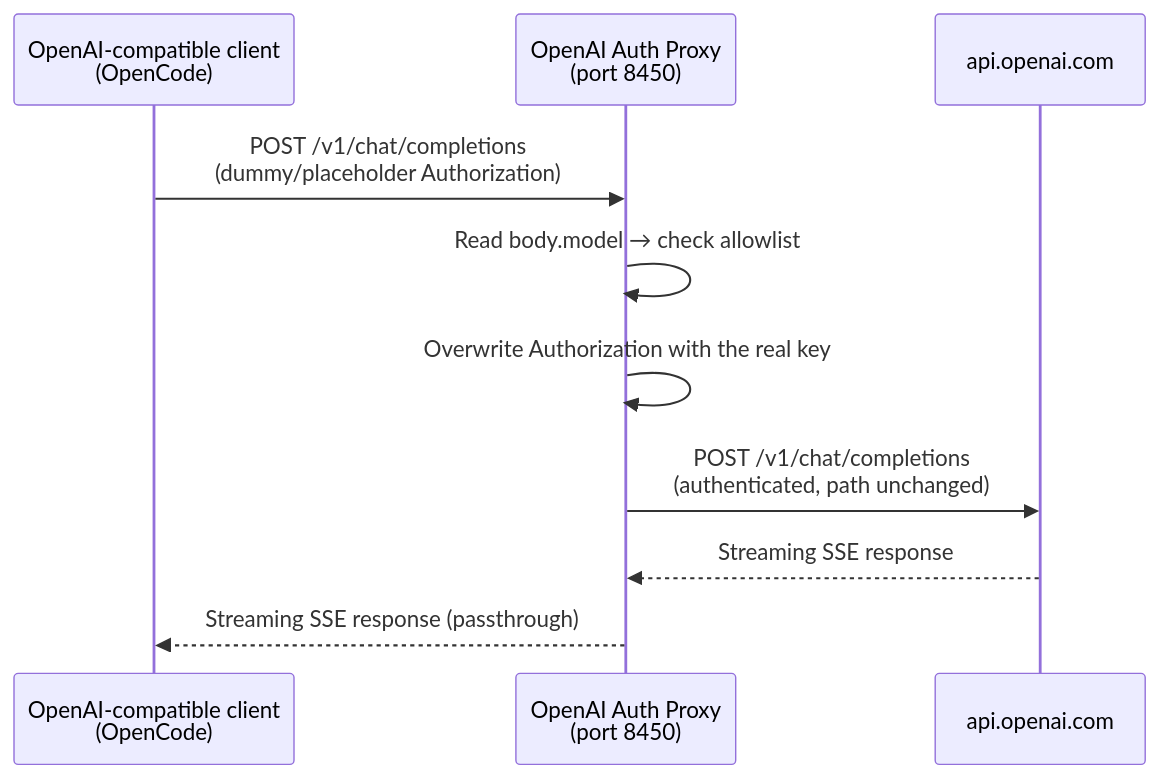
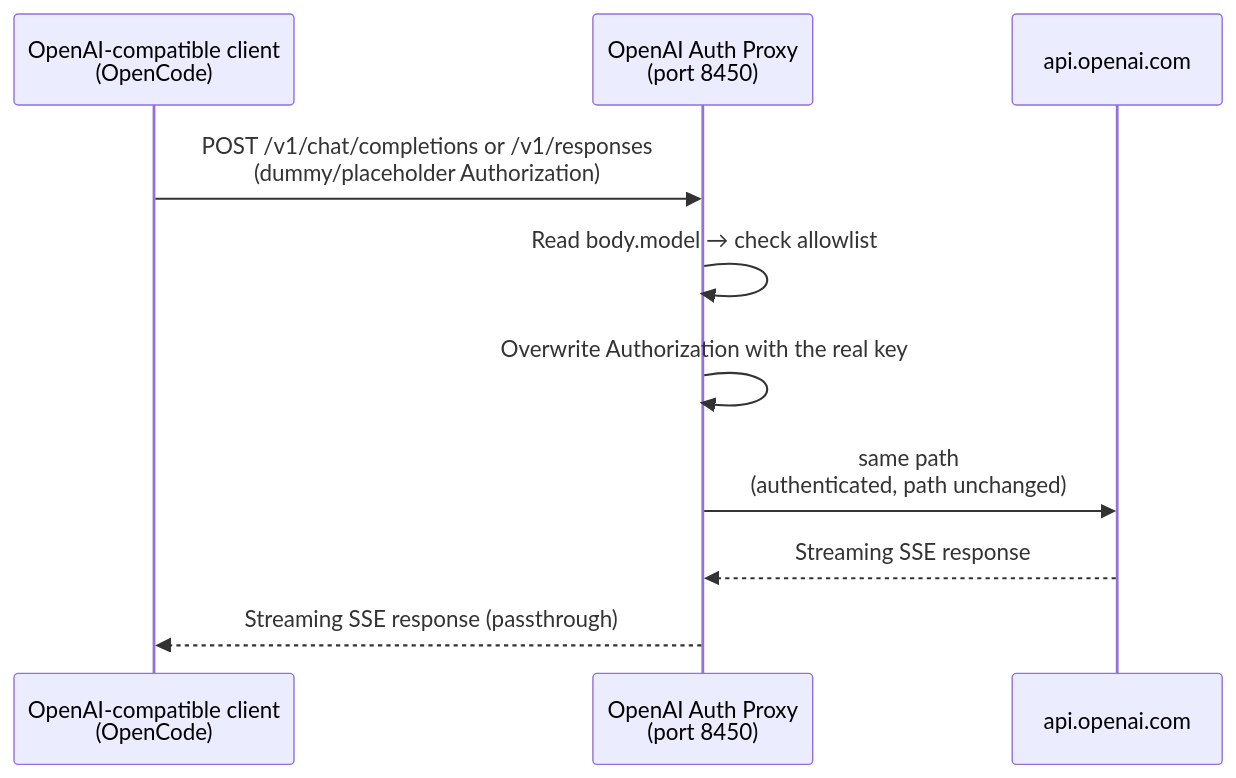
Before and after one commit to OpenShift-Fleet/rehor: the ninth of 10 diagrams in ARCHITECTURE.md, drawn with Mermaid. The commit also changed other lines of this file and 7 other files, not shown here.

Commit message:
feat(openai): add POST /v1/responses and tests/metrics

````diff
--- a/ARCHITECTURE.md
+++ b/ARCHITECTURE.md
@@ -433,13 +433,13 @@
 ```mermaid
 sequenceDiagram
     participant Client as OpenAI-compatible client<br/>(OpenCode)
     participant Proxy as OpenAI Auth Proxy<br/>(port 8450)
     participant OpenAI as api.openai.com
 
-    Client->>Proxy: POST /v1/chat/completions<br/>(dummy/placeholder Authorization)
+    Client->>Proxy: POST /v1/chat/completions or /v1/responses<br/>(dummy/placeholder Authorization)
     Proxy->>Proxy: Read body.model → check allowlist
     Proxy->>Proxy: Overwrite Authorization with the real key
-    Proxy->>OpenAI: POST /v1/chat/completions<br/>(authenticated, path unchanged)
+    Proxy->>OpenAI: same path<br/>(authenticated, path unchanged)
     OpenAI-->>Proxy: Streaming SSE response
     Proxy-->>Client: Streaming SSE response (passthrough)
 ```
````
